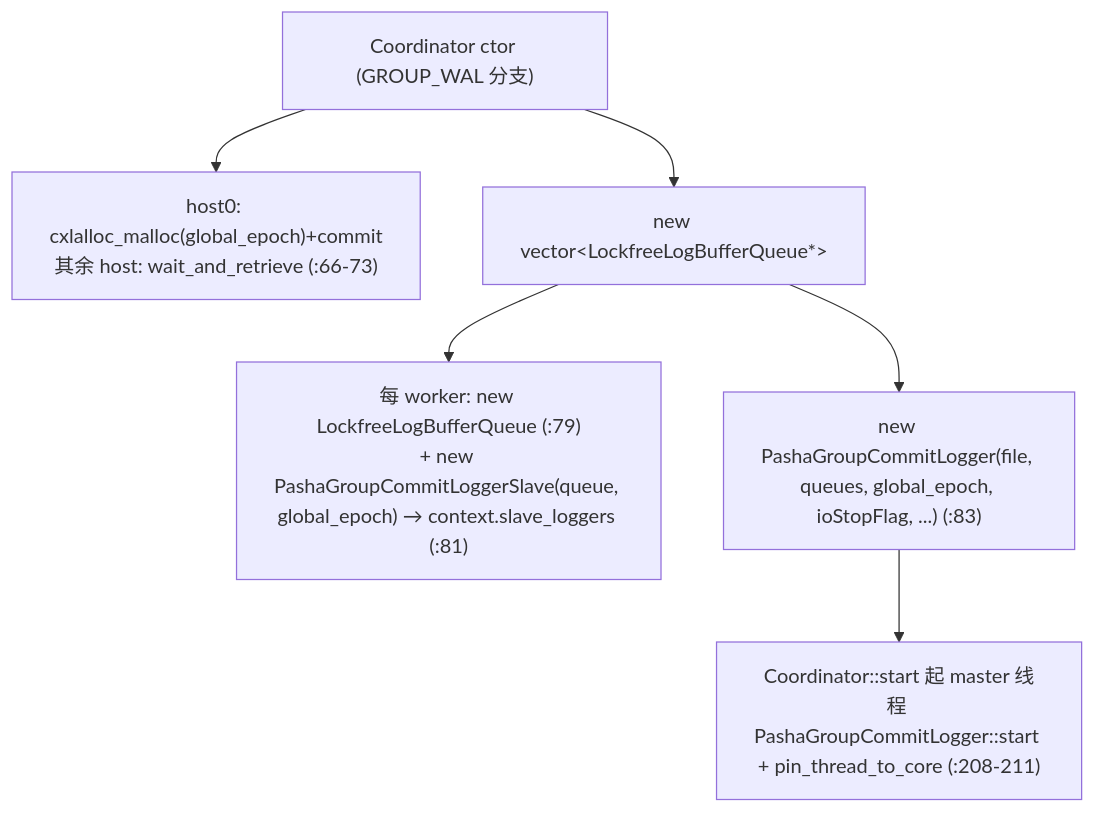
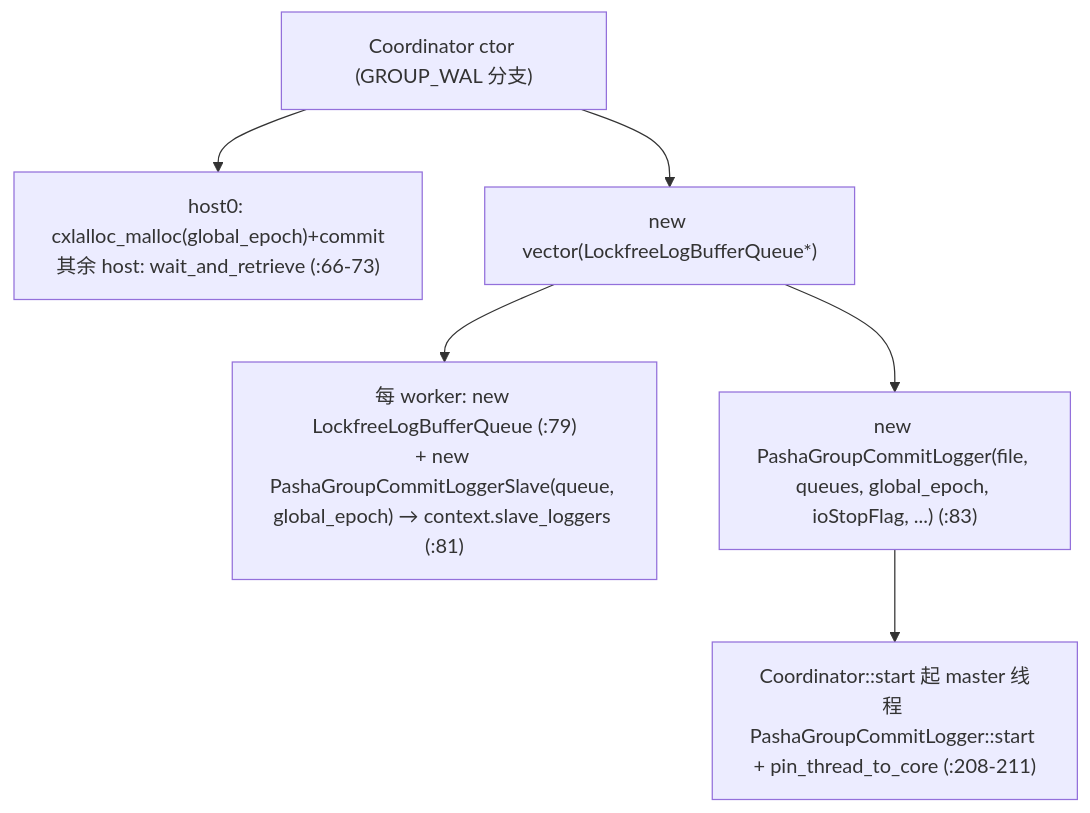
Before and after one commit to solutive-player/tigon: diagram 16 of 17 in architecture.md, drawn with Mermaid. The commit also changed other lines of this file, not shown here.

Commit message:
docs: fix mermaid 5.6 parse error (semicolon as statement separator)
The real culprit was ';' inside a sequenceDiagram message label, which
mermaid treats as a statement separator (it terminated the message early
and parsed the rest as a new statement, expecting an arrow). Replace it
with a comma/word. Also drop the &lt;&gt; HTML entities in a flowchart
node label.

https://claude.ai/code/session_01GSPamK7boj6DgQcrjb7yza

````diff
--- a/architecture.md
+++ b/architecture.md
@@ -862,8 +862,8 @@
 ```mermaid
 flowchart TB
     C["Coordinator ctor (GROUP_WAL 分支)"] --> EP["host0: cxlalloc_malloc(global_epoch)+commit<br/>其余 host: wait_and_retrieve (:66-73)"]
-    C --> Q["new vector&lt;LockfreeLogBufferQueue*&gt;"]
+    C --> Q["new vector(LockfreeLogBufferQueue*)"]
     Q --> SL["每 worker: new LockfreeLogBufferQueue (:79)<br/>+ new PashaGroupCommitLoggerSlave(queue, global_epoch) → context.slave_loggers (:81)"]
     Q --> MA["new PashaGroupCommitLogger(file, queues, global_epoch, ioStopFlag, ...) (:83)"]
     MA --> ST["Coordinator::start 起 master 线程 PashaGroupCommitLogger::start + pin_thread_to_core (:208-211)"]
 ```
````
